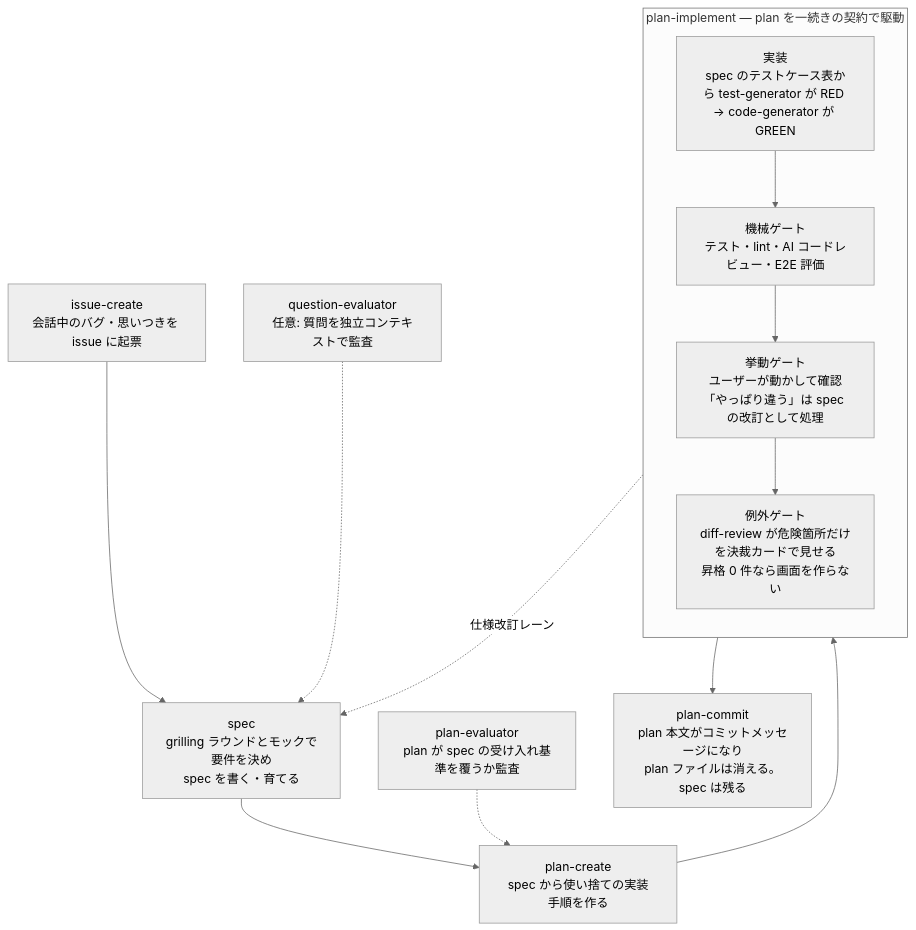
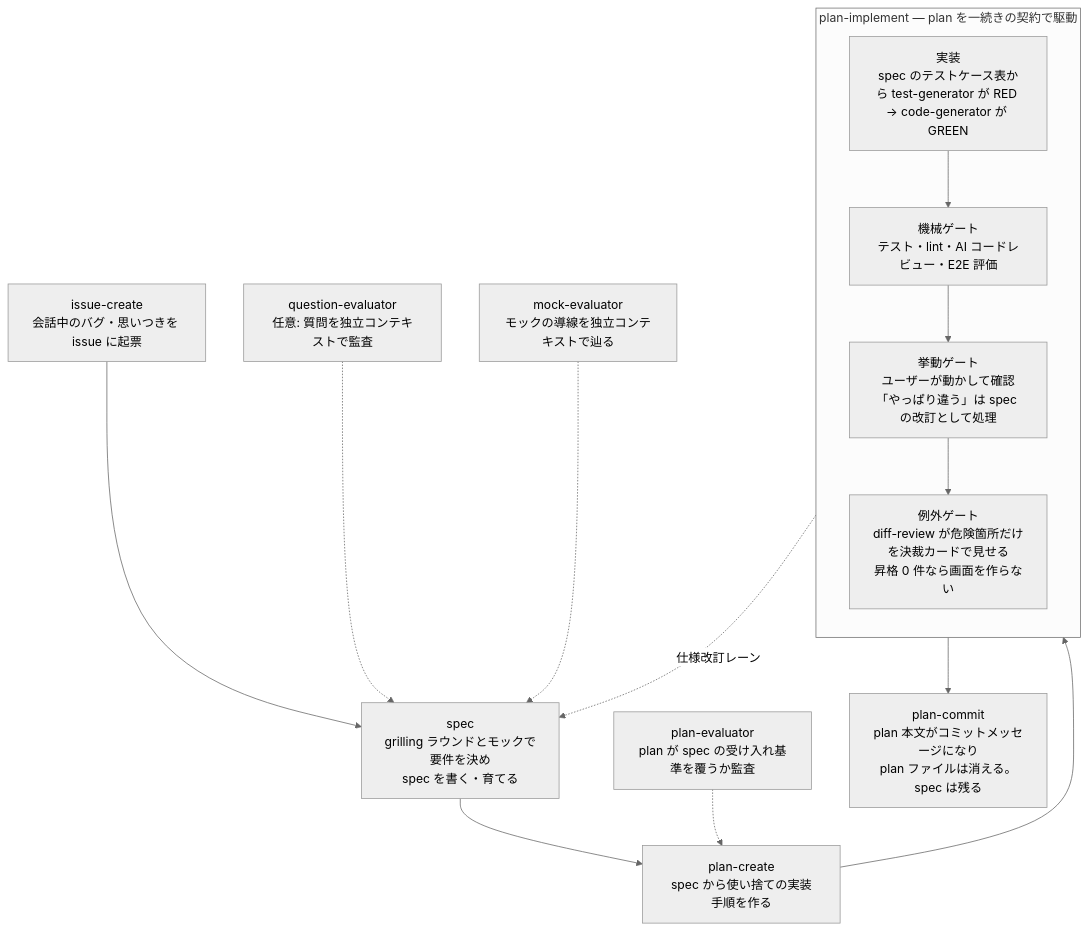
One commit to 4armsxlr8/agent-plugins changed the diagram in plugins/crystallize/README.md. Above: the diagram before and after it, drawn with Mermaid (neutral theme). The commit also changed other lines of this file and 6 other files, not shown here.

First line of the commit message:
feat(crystallize): モックの導線を独立コンテキストで辿る mock-evaluator と「提案の案」を足す

````diff
--- a/plugins/crystallize/README.md
+++ b/plugins/crystallize/README.md
@@ -17,17 +17,18 @@
 ```mermaid
 flowchart TD
     I[issue-create<br>会話中のバグ・思いつきを issue に起票] --> S
     S[spec<br>grilling ラウンドとモックで要件を決め<br>spec を書く・育てる] --> PL
     Q[question-evaluator<br>任意: 質問を独立コンテキストで監査] -.-> S
+    M[mock-evaluator<br>モックの導線を独立コンテキストで辿る] -.-> S
     PL[plan-create<br>spec から使い捨ての実装手順を作る] --> P
     PE[plan-evaluator<br>plan が spec の受け入れ基準を覆うか監査] -.-> PL
     subgraph P[plan-implement — plan を一続きの契約で駆動]
         direction TB
         IM[実装<br>spec のテストケース表から test-generator が RED → code-generator が GREEN] --> G1
         G1[機械ゲート<br>テスト・lint・AI コードレビュー・E2E 評価] --> G2
         G2[挙動ゲート<br>ユーザーが動かして確認<br>「やっぱり違う」は spec の改訂として処理] --> G3
         G3[例外ゲート<br>diff-review が危険箇所だけを決裁カードで見せる<br>昇格 0 件なら画面を作らない]
     end
     G2 -. 仕様改訂レーン .-> S
     P --> C[plan-commit<br>plan 本文がコミットメッセージになり<br>plan ファイルは消える。spec は残る]
 ```
````
